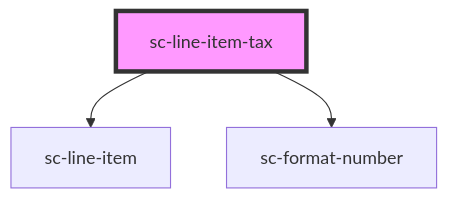
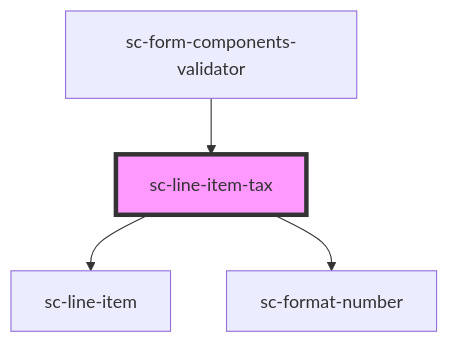
One commit to surecart/surecart-wp-plugin changed the diagram in packages/components/src/components/controllers/checkout-form/line-item-tax/readme.md. Above: the diagram before and after it, drawn with Mermaid. The commit also changed other lines of this file and 4 other files, not shown here.

````diff
--- a/packages/components/src/components/controllers/checkout-form/line-item-tax/readme.md
+++ b/packages/components/src/components/controllers/checkout-form/line-item-tax/readme.md
@@ -24,6 +28,7 @@
 ```mermaid
 graph TD;
   sc-line-item-tax --> sc-line-item
   sc-line-item-tax --> sc-format-number
+  sc-form-components-validator --> sc-line-item-tax
   style sc-line-item-tax fill:#f9f,stroke:#333,stroke-width:4px
 ```
````
